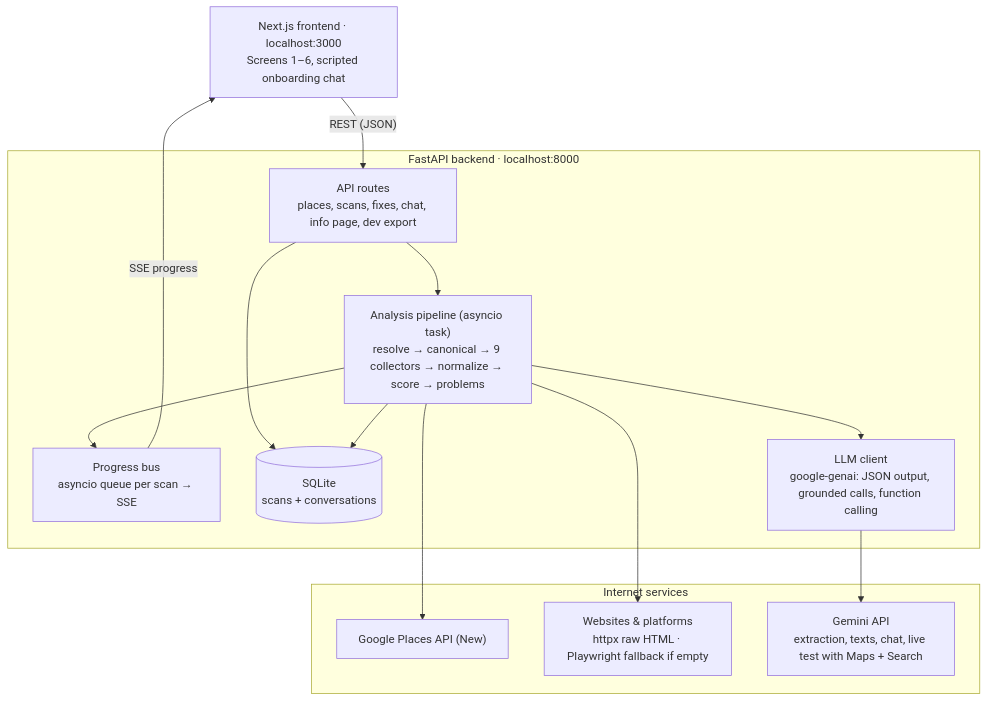
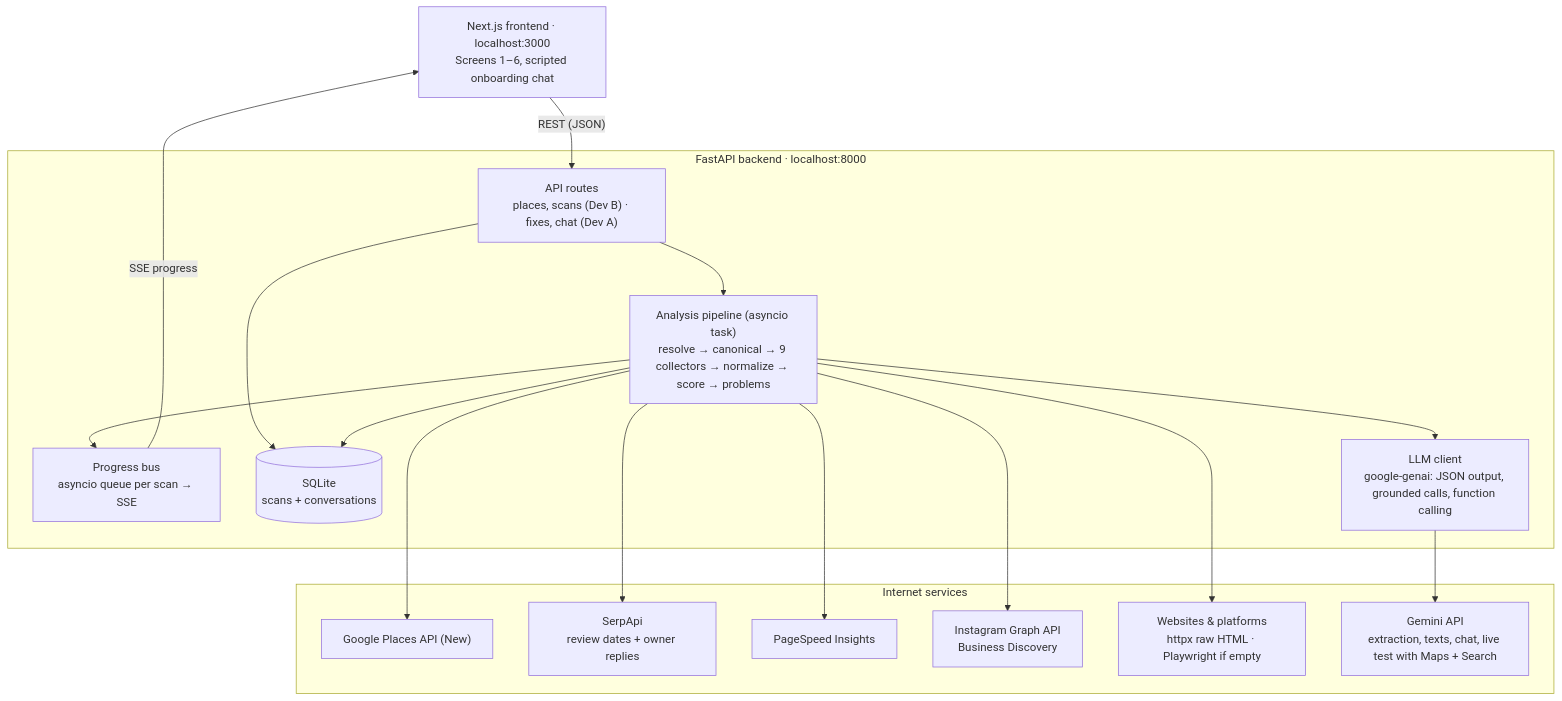
Before and after one commit to David3761/Spotlight: the diagram in docs/architecture.md, drawn with Mermaid. The commit also changed other lines of this file and 35 other files, not shown here.

Commit message:
Add final plan, API contract, dev prompts, design and shared env template

````diff
--- a/docs/architecture.md
+++ b/docs/architecture.md
@@ -35,26 +42,32 @@
 ```mermaid
 flowchart TB
     FE["Next.js frontend · localhost:3000<br/>Screens 1–6, scripted onboarding chat"]
     subgraph BE["FastAPI backend · localhost:8000"]
-        API["API routes<br/>places, scans, fixes, chat, info page, dev export"]
+        API["API routes<br/>places, scans (Dev B) · fixes, chat (Dev A)"]
         BUS["Progress bus<br/>asyncio queue per scan → SSE"]
         DB[("SQLite<br/>scans + conversations")]
         PIPE["Analysis pipeline (asyncio task)<br/>resolve → canonical → 9 collectors → normalize → score → problems"]
         LLM["LLM client<br/>google-genai: JSON output, grounded calls, function calling"]
     end
     subgraph NET["Internet services"]
         PLACES["Google Places API (New)"]
-        WEB["Websites & platforms<br/>httpx raw HTML · Playwright fallback if empty"]
+        SERP["SerpApi<br/>review dates + owner replies"]
+        PSI["PageSpeed Insights"]
+        META["Instagram Graph API<br/>Business Discovery"]
+        WEB["Websites & platforms<br/>httpx raw HTML · Playwright if empty"]
         GEM["Gemini API<br/>extraction, texts, chat, live test with Maps + Search"]
     end
     FE -- "REST (JSON)" --> API
     BUS -- "SSE progress" --> FE
     API --> PIPE
     API --> DB
     PIPE --> BUS
     PIPE --> DB
     PIPE --> LLM
     PIPE --> PLACES
+    PIPE --> SERP
+    PIPE --> PSI
+    PIPE --> META
     PIPE --> WEB
     LLM --> GEM
 ```
````
